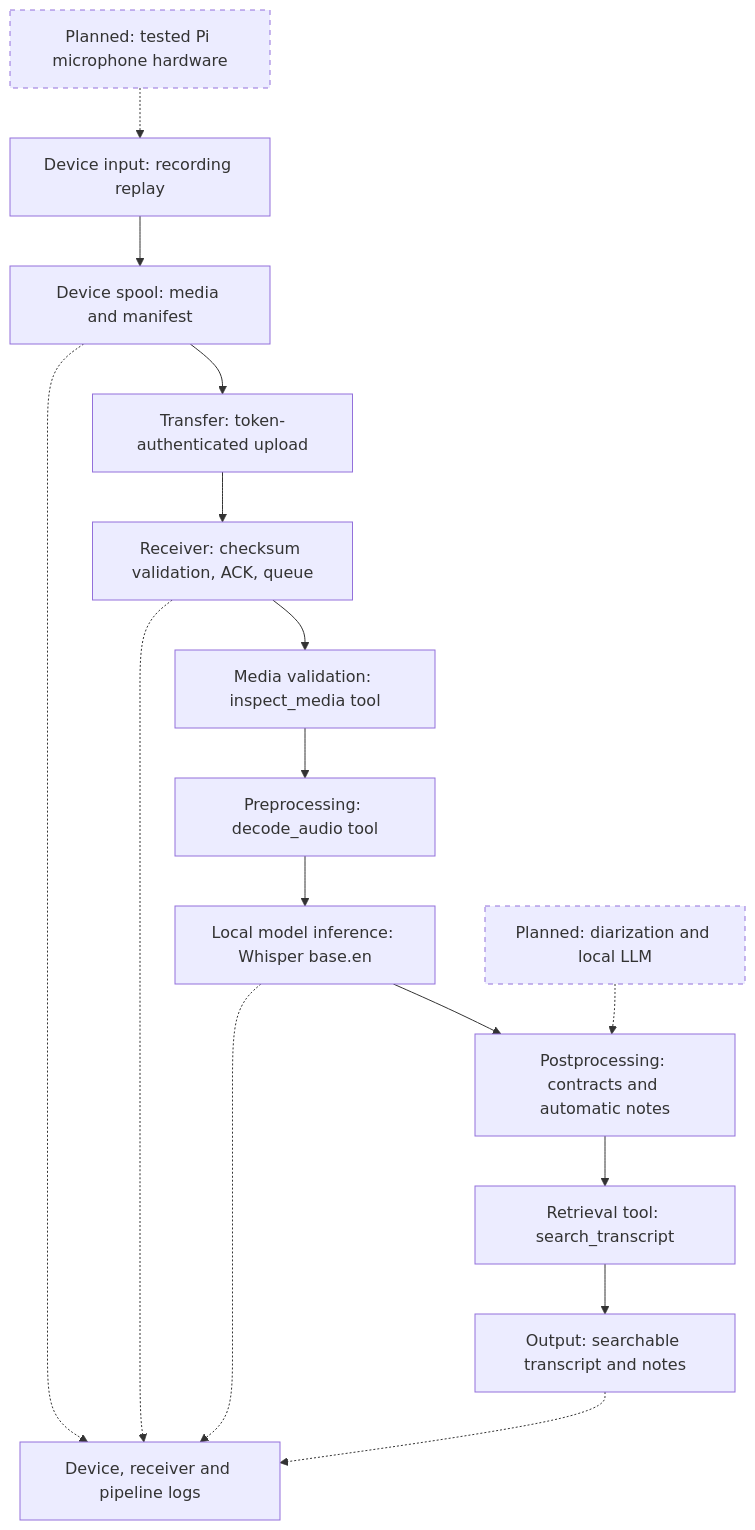
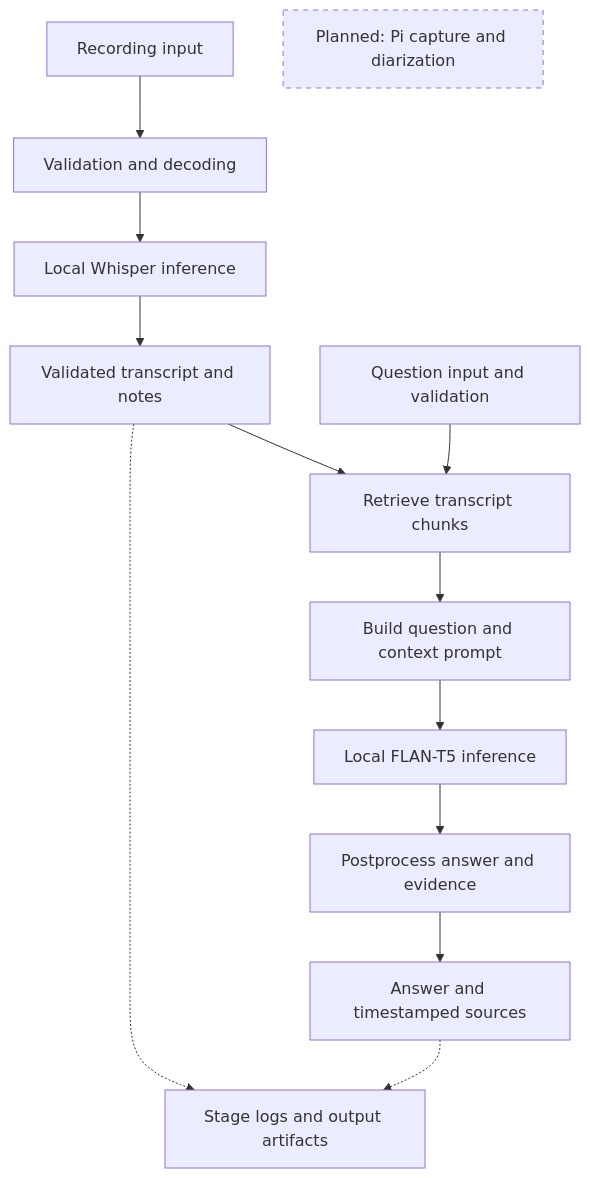
One commit to Grajera/SecureNote changed the diagram in docs/Project_Assignment_2.md. Above: the diagram before and after it, drawn with Mermaid. The commit also changed other lines of this file and 77 other files, not shown here.

````diff
--- a/docs/Project_Assignment_2.md
+++ b/docs/Project_Assignment_2.md
@@ -9,20 +11,16 @@
 ```mermaid
 flowchart TD
-    I["Device input: recording replay"] --> Q["Device spool: media and manifest"]
-    Q --> T["Transfer: token-authenticated upload"]
-    T --> V["Receiver: checksum validation, ACK, queue"]
-    V --> A["Media validation: inspect_media tool"]
-    A --> P["Preprocessing: decode_audio tool"]
-    P --> M["Local model inference: Whisper base.en"]
-    M --> N["Postprocessing: contracts and automatic notes"]
-    N --> R["Retrieval tool: search_transcript"]
-    R --> O["Output: searchable transcript and notes"]
-    Q -.-> L["Device, receiver and pipeline logs"]
-    V -.-> L
-    M -.-> L
-    O -.-> L
-    D["Planned: tested Pi microphone hardware"] -.-> I
-    F["Planned: diarization and local LLM"] -.-> N
-    style D stroke-dasharray: 5 5
-    style F stroke-dasharray: 5 5
+ I[Recording input] --> V[Validation and decoding]
+ V --> W[Local Whisper inference]
+ W --> T[Validated transcript and notes]
+ Q[Question input and validation] --> R[Retrieve transcript chunks]
+ T --> R
+ R --> P[Build question and context prompt]
+ P --> M[Local FLAN-T5 inference]
+ M --> C[Postprocess answer and evidence]
+ C --> O[Answer and timestamped sources]
+ T -.-> L[Stage logs and output artifacts]
+ O -.-> L
+ F[Planned: Pi capture and diarization]
+ style F stroke-dasharray: 5 5
 ```
````
